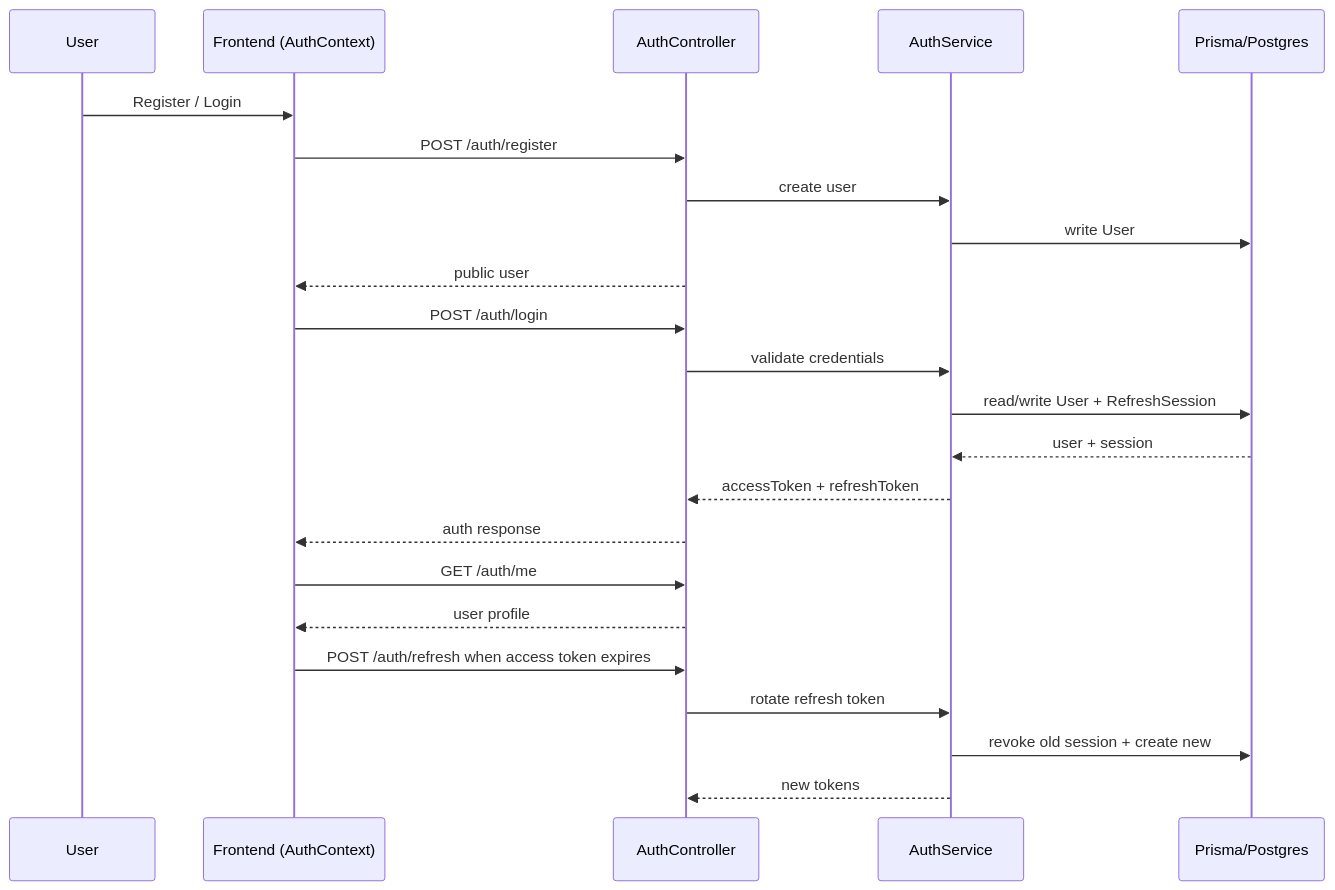
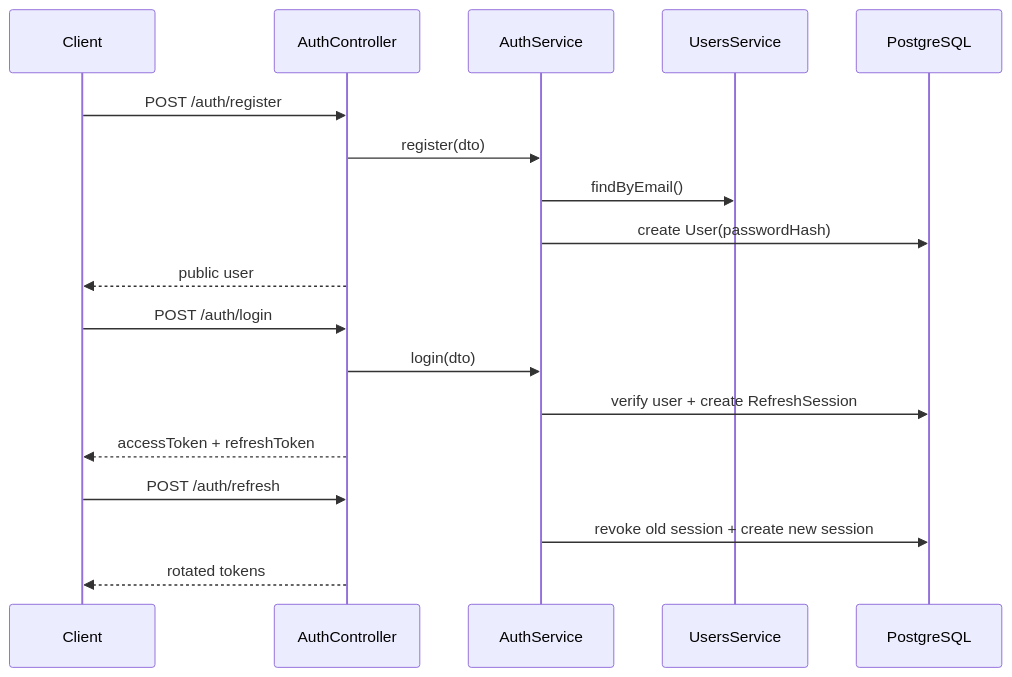
The fourth of 19 diagrams in REPO_REPORT.md (phapsucongu/white-board), drawn with Mermaid before and after one commit. The commit also changed other lines of this file, not shown here.

````diff
--- a/REPO_REPORT.md
+++ b/REPO_REPORT.md
@@ -157,26 +346,21 @@
 ```mermaid
 sequenceDiagram
-  participant User
-  participant Frontend as Frontend (AuthContext)
-  participant API as AuthController
-  participant AuthSvc as AuthService
-  participant DB as Prisma/Postgres
+  participant Client
+  participant AuthController
+  participant AuthService
+  participant UsersService
+  participant DB as PostgreSQL
 
-  User->>Frontend: Register / Login
-  Frontend->>API: POST /auth/register
-  API->>AuthSvc: create user
-  AuthSvc->>DB: write User
-  API-->>Frontend: public user
-  Frontend->>API: POST /auth/login
-  API->>AuthSvc: validate credentials
-  AuthSvc->>DB: read/write User + RefreshSession
-  DB-->>AuthSvc: user + session
-  AuthSvc-->>API: accessToken + refreshToken
-  API-->>Frontend: auth response
-  Frontend->>API: GET /auth/me
-  API-->>Frontend: user profile
-  Frontend->>API: POST /auth/refresh when access token expires
-  API->>AuthSvc: rotate refresh token
-  AuthSvc->>DB: revoke old session + create new
-  AuthSvc-->>API: new tokens
+  Client->>AuthController: POST /auth/register
+  AuthController->>AuthService: register(dto)
+  AuthService->>UsersService: findByEmail()
+  AuthService->>DB: create User(passwordHash)
+  AuthController-->>Client: public user
+  Client->>AuthController: POST /auth/login
+  AuthController->>AuthService: login(dto)
+  AuthService->>DB: verify user + create RefreshSession
+  AuthController-->>Client: accessToken + refreshToken
+  Client->>AuthController: POST /auth/refresh
+  AuthService->>DB: revoke old session + create new session
+  AuthController-->>Client: rotated tokens
 ```
````
